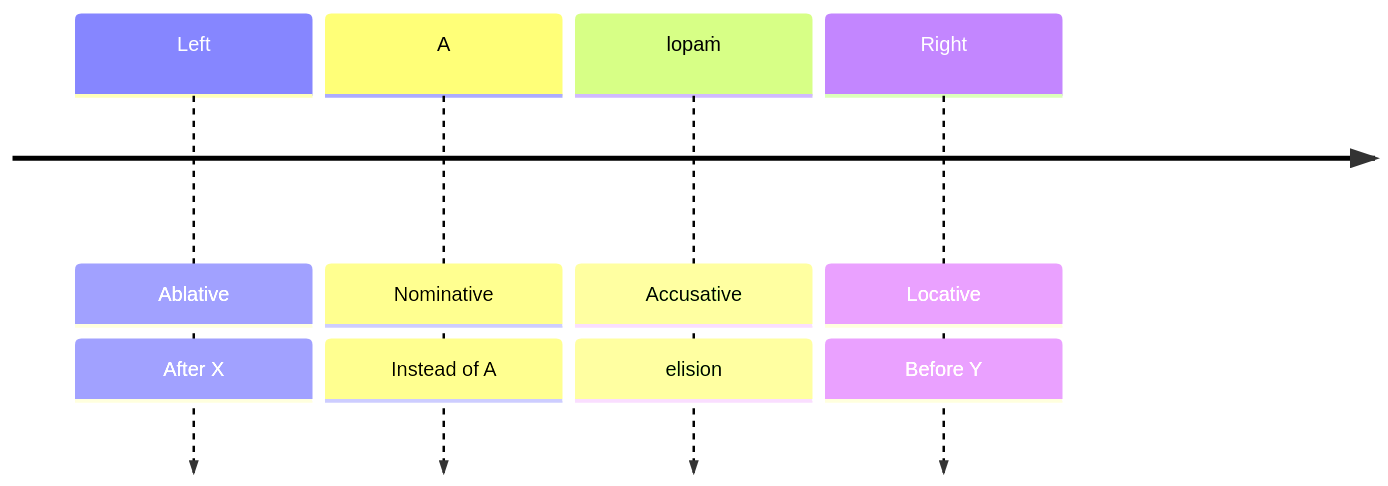
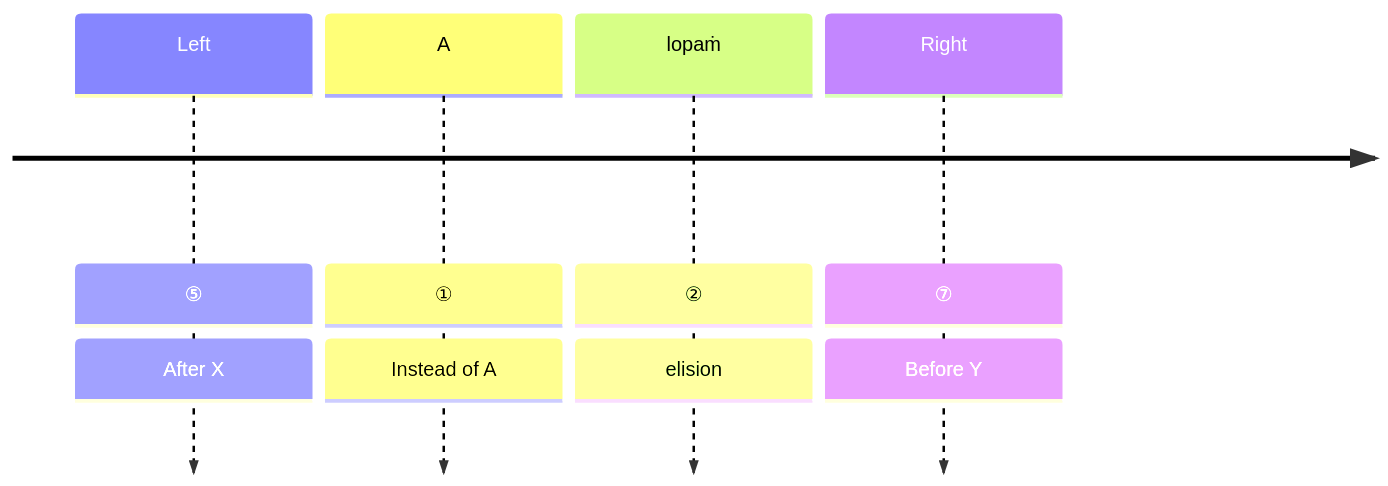
One commit to ChristineTham/buddhavacana changed the eighth of 11 diagrams in src/content/docs/Pali Textbook/m-kaccayana.md. Above: the diagram before and after it, drawn with Mermaid. The commit also changed other lines of this file and 52 other files, not shown here.

````diff
--- a/src/content/docs/Pali Textbook/m-kaccayana.md
+++ b/src/content/docs/Pali Textbook/m-kaccayana.md
@@ -224,11 +224,11 @@
 ```mermaid
 timeline
-  Left : Ablative
+  Left : ⑤
     : After X
-  A : Nominative
+  A : ①
     : Instead of A
-  lopaṁ: Accusative
+  lopaṁ: ②
     : elision
-  Right : Locative
+  Right : ⑦
     : Before Y
 ```
````
